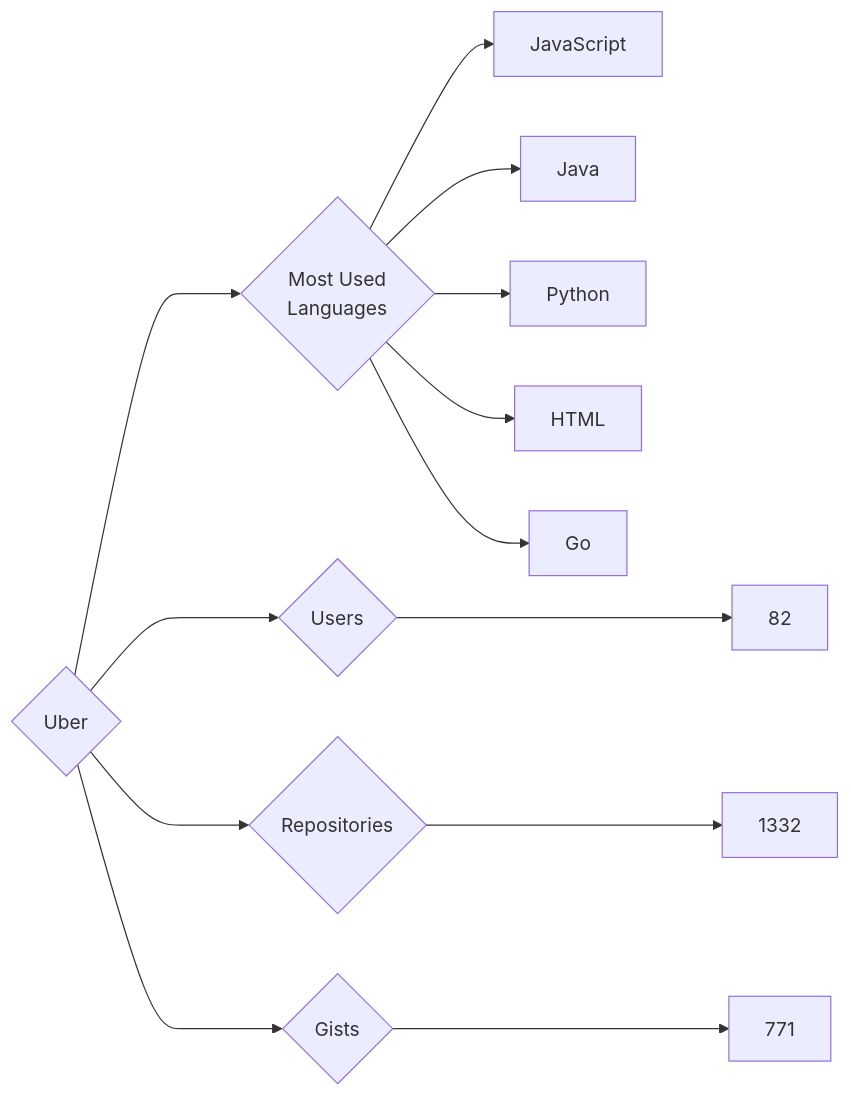
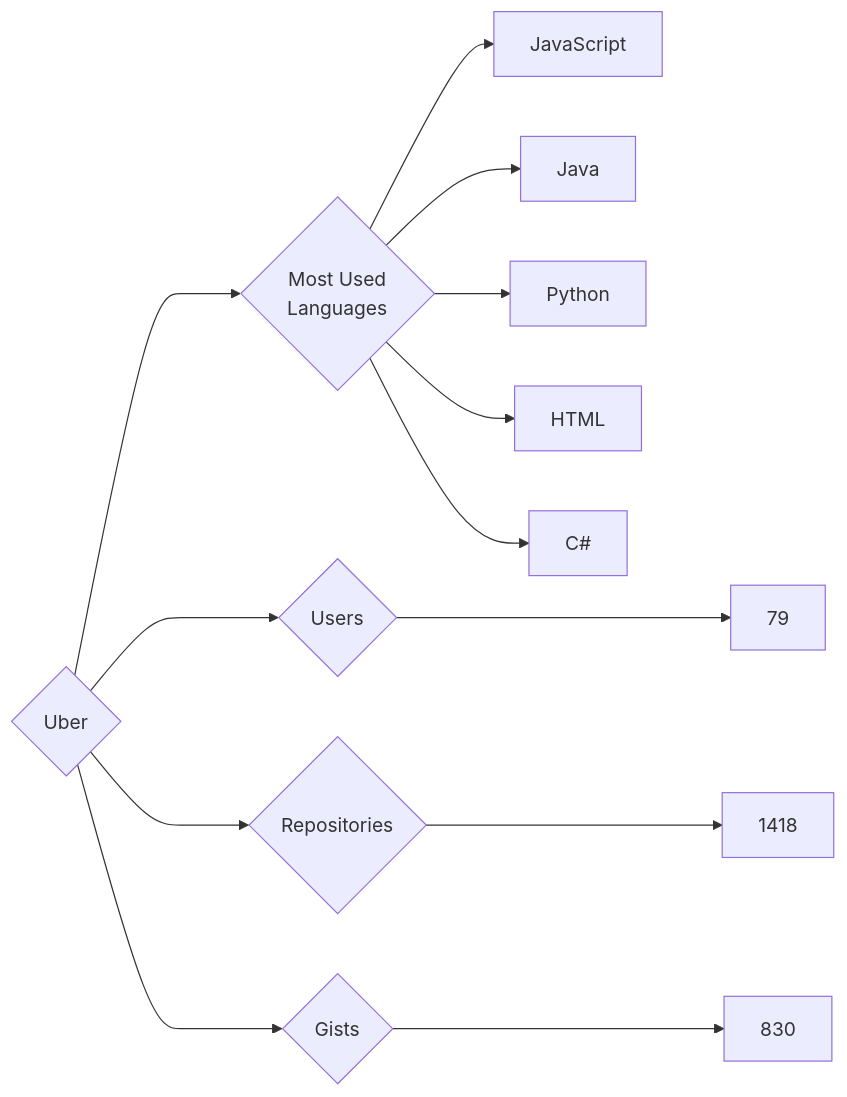
One commit to trickest/insiders changed the diagram in targets/Uber/README.md. Above: the diagram before and after it, drawn with Mermaid. The commit also changed 969 other files, not shown here.

````diff
--- a/targets/Uber/README.md
+++ b/targets/Uber/README.md
@@ -3,13 +3,13 @@
 ```mermaid
 graph LR
 COMPANY_NAME{Uber}
-COMPANY_NAME ---> U{Users} ---> UN[82]
-COMPANY_NAME ---> R{Repositories} ---> RN[1332]
-COMPANY_NAME ---> G{Gists} ---> GN[771]
+COMPANY_NAME ---> U{Users} ---> UN[79]
+COMPANY_NAME ---> R{Repositories} ---> RN[1418]
+COMPANY_NAME ---> G{Gists} ---> GN[830]
 COMPANY_NAME ---> ML{Most Used<br>Languages}
 ML --> JavaScript[JavaScript]
 ML --> Java[Java]
 ML --> Python[Python]
 ML --> HTML[HTML]
-ML --> Go[Go]
+ML --> C#[C#]
 ```
````
